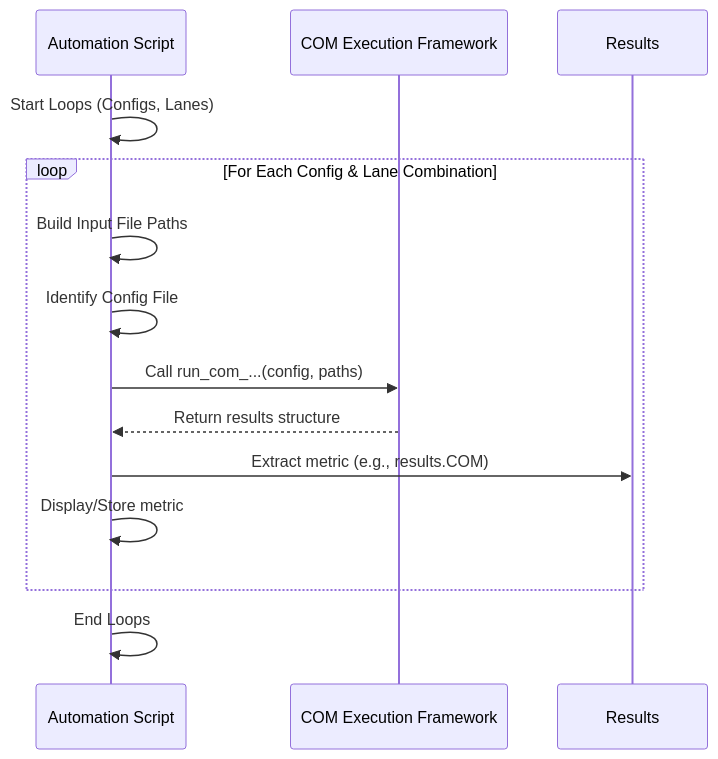
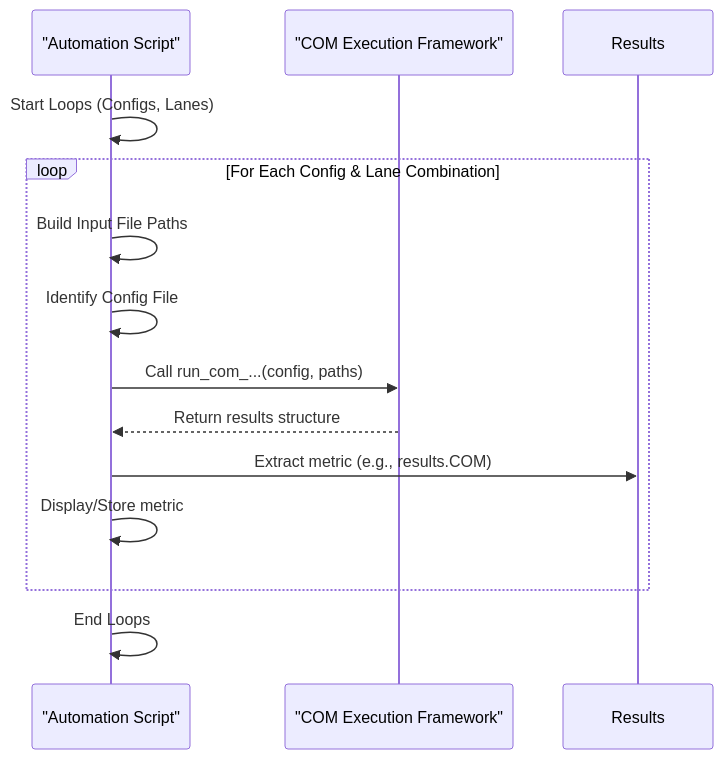
The diagram in output/kr100G-ck/08_automation_scripting_.md (jueshi/PocketFlow-Tutorial-Codebase-Knowledge), drawn with Mermaid before and after one commit. The commit also changed 282 other files, not shown here.

````diff
--- a/output/kr100G-ck/08_automation_scripting_.md
+++ b/output/kr100G-ck/08_automation_scripting_.md
@@ -134,17 +134,17 @@
 ```mermaid
 sequenceDiagram
-    participant Script as Automation Script
-    participant COM_FW as COM Execution Framework
+    participant Script as "Automation Script"
+    participant COM_FW as "COM Execution Framework"
     participant Results
 
     Script->>Script: Start Loops (Configs, Lanes)
     loop For Each Config & Lane Combination
         Script->>Script: Build Input File Paths
         Script->>Script: Identify Config File
         Script->>COM_FW: Call run_com_...(config, paths)
         COM_FW-->>Script: Return results structure
         Script->>Results: Extract metric (e.g., results.COM)
         Script->>Script: Display/Store metric
     end
     Script->>Script: End Loops
 ```
````
